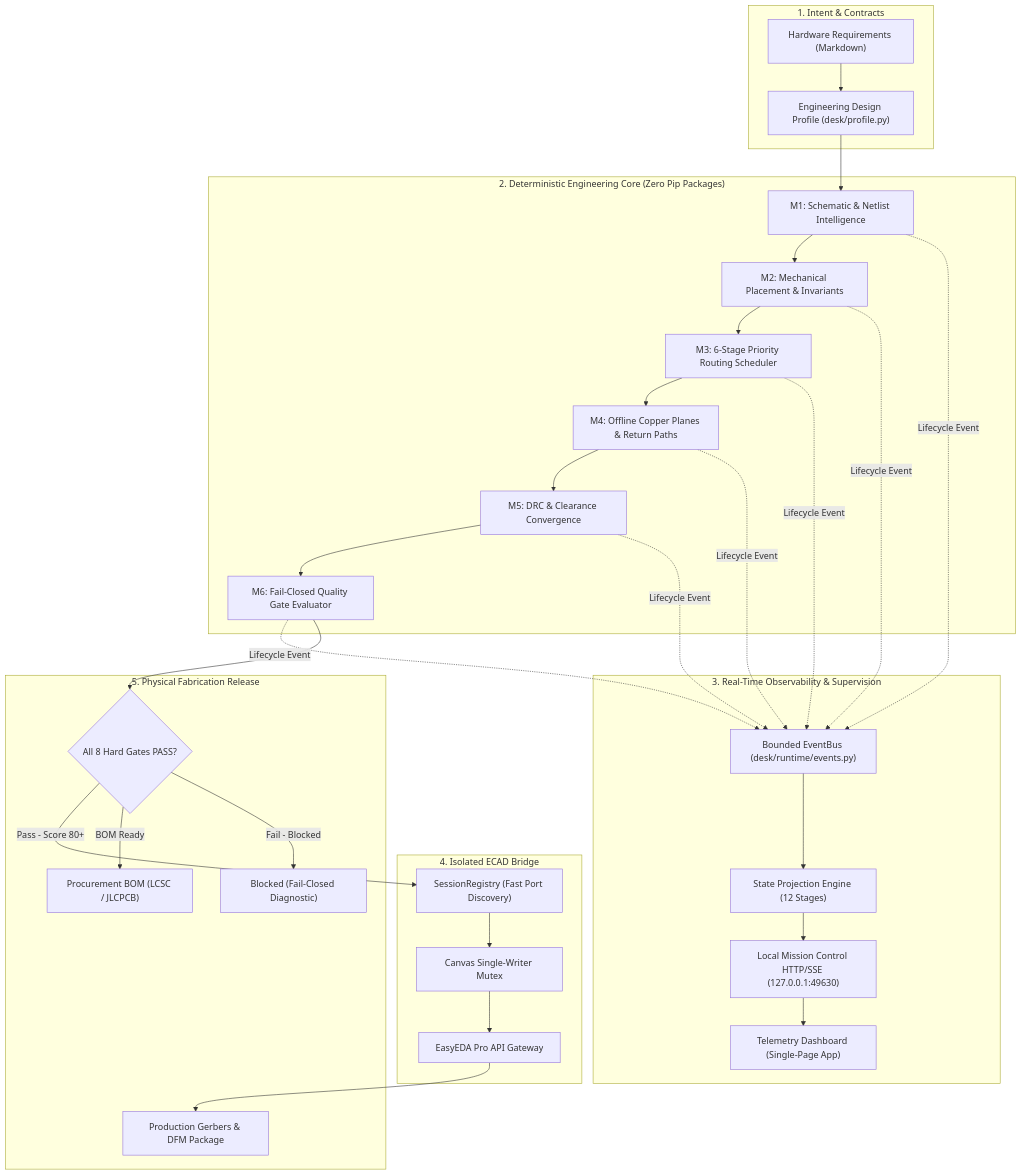
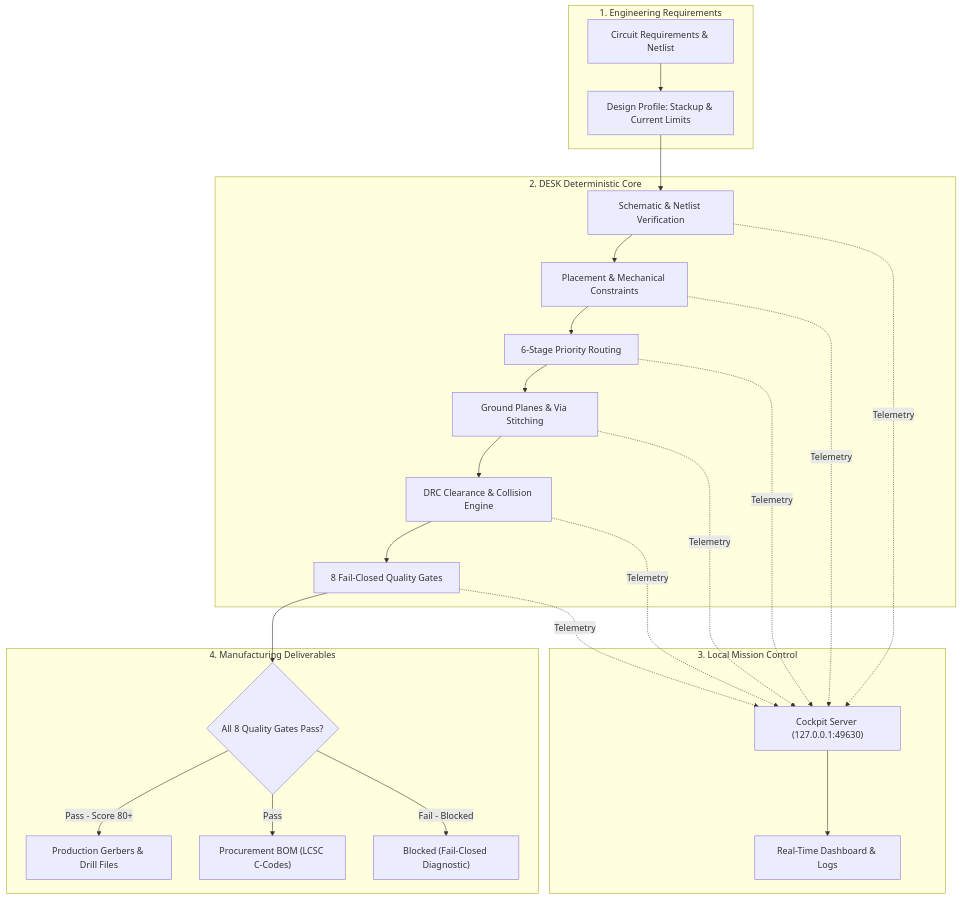
Before and after one commit to NijoP/DESK: the diagram in README.md, drawn with Mermaid. The commit also changed other lines of this file and 6 other files, not shown here.

````diff
--- a/README.md
+++ b/README.md
@@ -41,58 +148,44 @@
 ```mermaid
 flowchart TD
-    subgraph Input["1. Intent & Contracts"]
-        REQ["Hardware Requirements (Markdown)"]
-        PROF["Engineering Design Profile (desk/profile.py)"]
+    subgraph Input["1. Engineering Requirements"]
+        REQ["Circuit Requirements & Netlist"]
+        PROF["Design Profile: Stackup & Current Limits"]
     end
 
-    subgraph Core["2. Deterministic Engineering Core (Zero Pip Packages)"]
-        M1["M1: Schematic & Netlist Intelligence"]
-        M2["M2: Mechanical Placement & Invariants"]
-        M3["M3: 6-Stage Priority Routing Scheduler"]
-        M4["M4: Offline Copper Planes & Return Paths"]
-        M5["M5: DRC & Clearance Convergence"]
-        M6["M6: Fail-Closed Quality Gate Evaluator"]
+    subgraph DESK_Core["2. DESK Deterministic Core"]
+        M1["Schematic & Netlist Verification"]
+        M2["Placement & Mechanical Constraints"]
+        M3["6-Stage Priority Routing"]
+        M4["Ground Planes & Via Stitching"]
+        M5["DRC Clearance & Collision Engine"]
+        M6["8 Fail-Closed Quality Gates"]
     end
 
-    subgraph Telemetry["3. Real-Time Observability & Supervision"]
-        EB["Bounded EventBus (desk/runtime/events.py)"]
-        PROJ["State Projection Engine (12 Stages)"]
-        SRV["Local Mission Control HTTP/SSE (127.0.0.1:49630)"]
-        UI["Telemetry Dashboard (Single-Page App)"]
+    subgraph Telemetry["3. Local Mission Control"]
+        SRV["Cockpit Server (127.0.0.1:49630)"]
+        UI["Real-Time Dashboard & Logs"]
     end
 
-    subgraph Bridge["4. Isolated ECAD Bridge"]
-        REG["SessionRegistry (Fast Port Discovery)"]
-        MUTEX["Canvas Single-Writer Mutex"]
-        EDA["EasyEDA Pro API Gateway"]
-    end
-
-    subgraph Manufacturing["5. Physical Fabrication Release"]
-        GATES{"All 8 Hard Gates PASS?"}
-        GERBER["Production Gerbers & DFM Package"]
-        BOM["Procurement BOM (LCSC / JLCPCB)"]
+    subgraph Output["4. Manufacturing Deliverables"]
+        GATES{"All 8 Quality Gates Pass?"}
+        GERBER["Production Gerbers & Drill Files"]
+        BOM["Procurement BOM (LCSC C-Codes)"]
         BLOCKED["Blocked (Fail-Closed Diagnostic)"]
     end
 
     REQ --> PROF --> M1
     M1 --> M2 --> M3 --> M4 --> M5 --> M6
 
-    M1 -.->|Lifecycle Event| EB
-    M2 -.->|Lifecycle Event| EB
-    M3 -.->|Lifecycle Event| EB
-    M4 -.->|Lifecycle Event| EB
-    M5 -.->|Lifecycle Event| EB
-    M6 -.->|Lifecycle Event| EB
+    M1 -.->|Telemetry| SRV
+    M2 -.->|Telemetry| SRV
+    M3 -.->|Telemetry| SRV
+    M4 -.->|Telemetry| SRV
+    M5 -.->|Telemetry| SRV
+    M6 -.->|Telemetry| SRV
+    SRV --> UI
 
-    EB --> PROJ
-    PROJ --> SRV
-    SRV --> UI
     M6 --> GATES
-
-    GATES -->|Pass - Score 80+| REG
-    REG --> MUTEX
-    MUTEX --> EDA
-    EDA --> GERBER
-    GATES -->|BOM Ready| BOM
+    GATES -->|Pass - Score 80+| GERBER
+    GATES -->|Pass| BOM
     GATES -->|Fail - Blocked| BLOCKED
 ```
````
